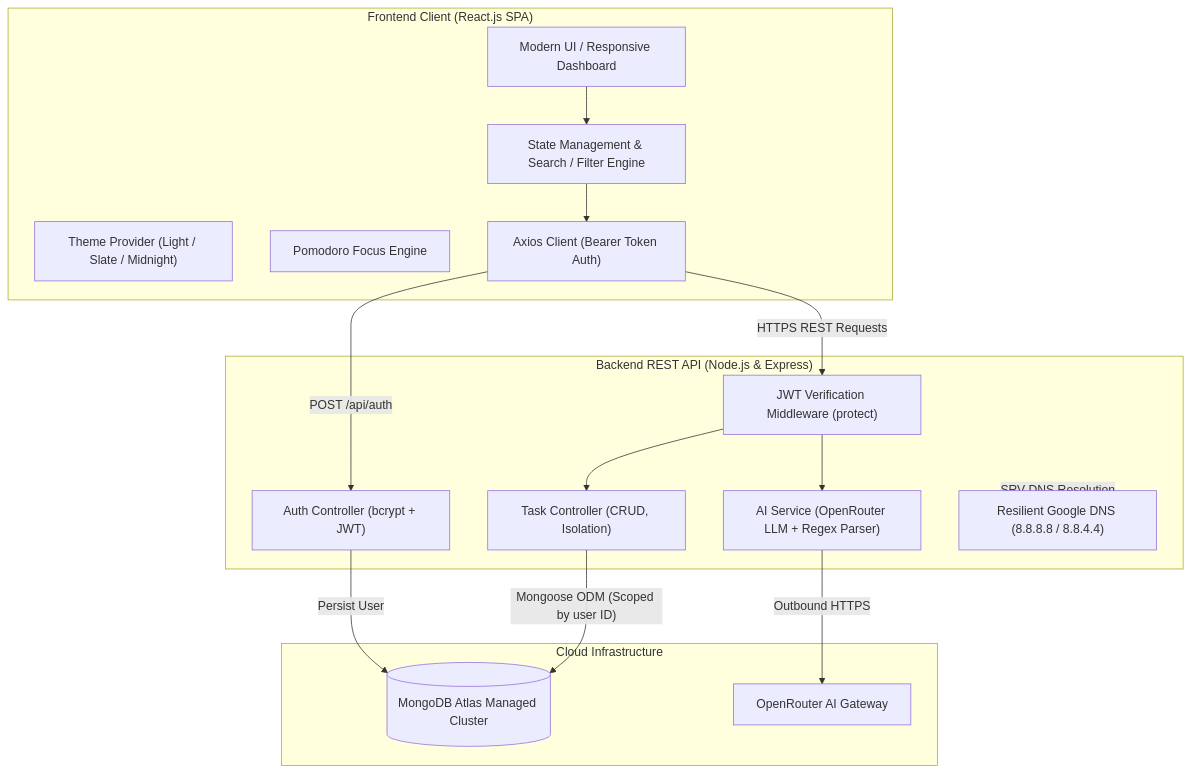
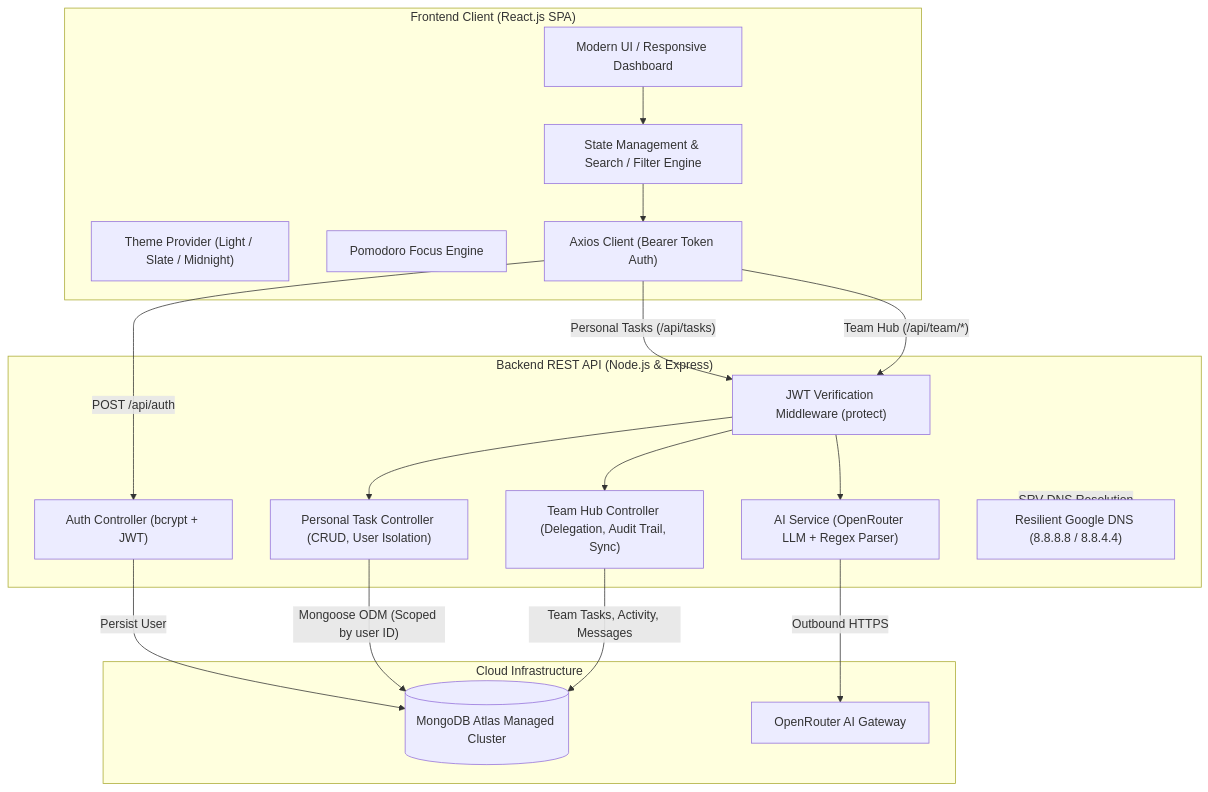
The diagram in README.md (anideva/taskpulse-ai), drawn with Mermaid before and after one commit. The commit also changed other lines of this file and 9 other files, not shown here.

Commit message:
feat(team): add dedicated Team Collaboration Hub with workload distribution, priority dispatch, and live audit feed

````diff
--- a/README.md
+++ b/README.md
@@ -84,35 +91,39 @@
 ```mermaid
 flowchart TD
     subgraph Client["Frontend Client (React.js SPA)"]
         UI["Modern UI / Responsive Dashboard"]
         Theme["Theme Provider (Light / Slate / Midnight)"]
         Pomo["Pomodoro Focus Engine"]
         State["State Management & Search / Filter Engine"]
         Axios["Axios Client (Bearer Token Auth)"]
         UI --> State
         State --> Axios
     end
 
     subgraph Server["Backend REST API (Node.js & Express)"]
         AuthMiddleware["JWT Verification Middleware (protect)"]
-        TaskController["Task Controller (CRUD, Isolation)"]
+        TaskController["Personal Task Controller (CRUD, User Isolation)"]
+        TeamController["Team Hub Controller (Delegation, Audit Trail, Sync)"]
         AuthController["Auth Controller (bcrypt + JWT)"]
         AIService["AI Service (OpenRouter LLM + Regex Parser)"]
         DNSFix["Resilient Google DNS (8.8.8.8 / 8.8.4.4)"]
     end
 
     subgraph Data["Cloud Infrastructure"]
         MongoAtlas[("MongoDB Atlas Managed Cluster")]
         OpenRouterAPI["OpenRouter AI Gateway"]
     end
 
-    Axios -->|"HTTPS REST Requests"| AuthMiddleware
+    Axios -->|"Personal Tasks (/api/tasks)"| AuthMiddleware
+    Axios -->|"Team Hub (/api/team/*)"| AuthMiddleware
     AuthMiddleware --> TaskController
+    AuthMiddleware --> TeamController
     AuthMiddleware --> AIService
     Axios -->|"POST /api/auth"| AuthController
     
     AuthController -->|"Persist User"| MongoAtlas
     TaskController -->|"Mongoose ODM (Scoped by user ID)"| MongoAtlas
+    TeamController -->|"Team Tasks, Activity, Messages"| MongoAtlas
     AIService -->|"Outbound HTTPS"| OpenRouterAPI
     Server -.->|"SRV DNS Resolution"| DNSFix
 ```
````
